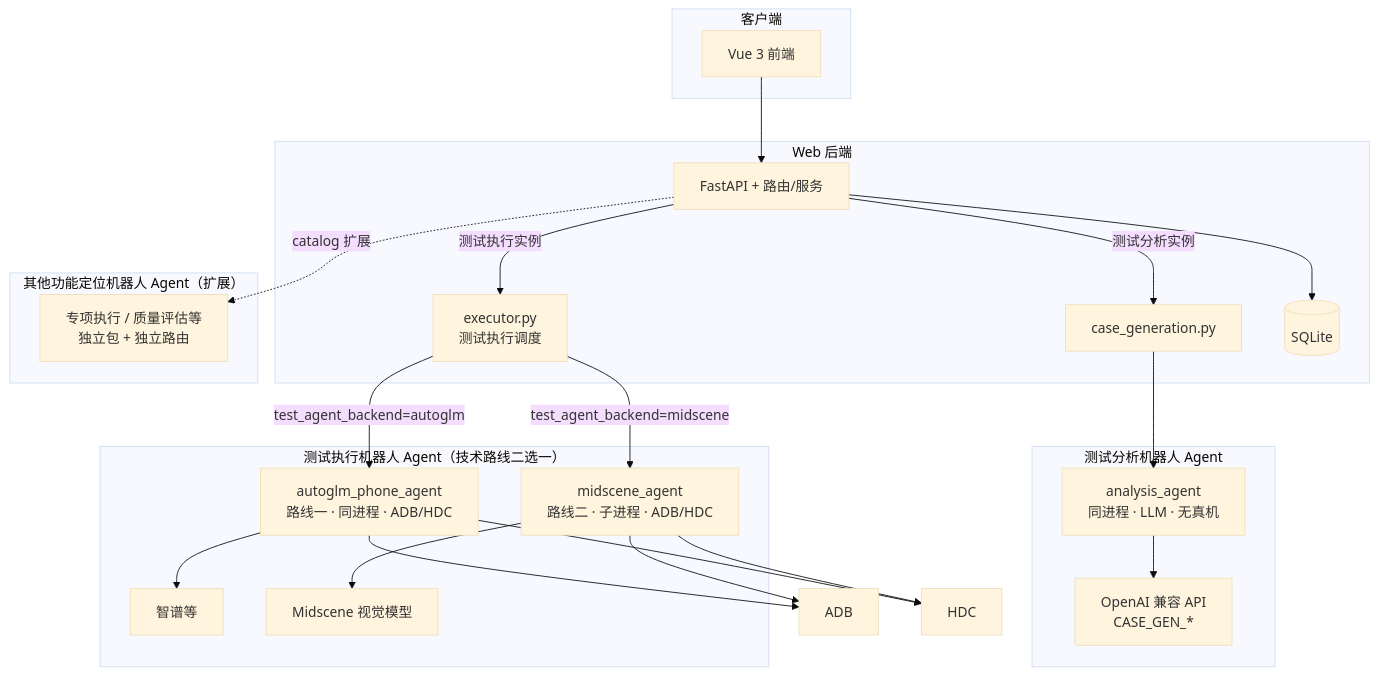
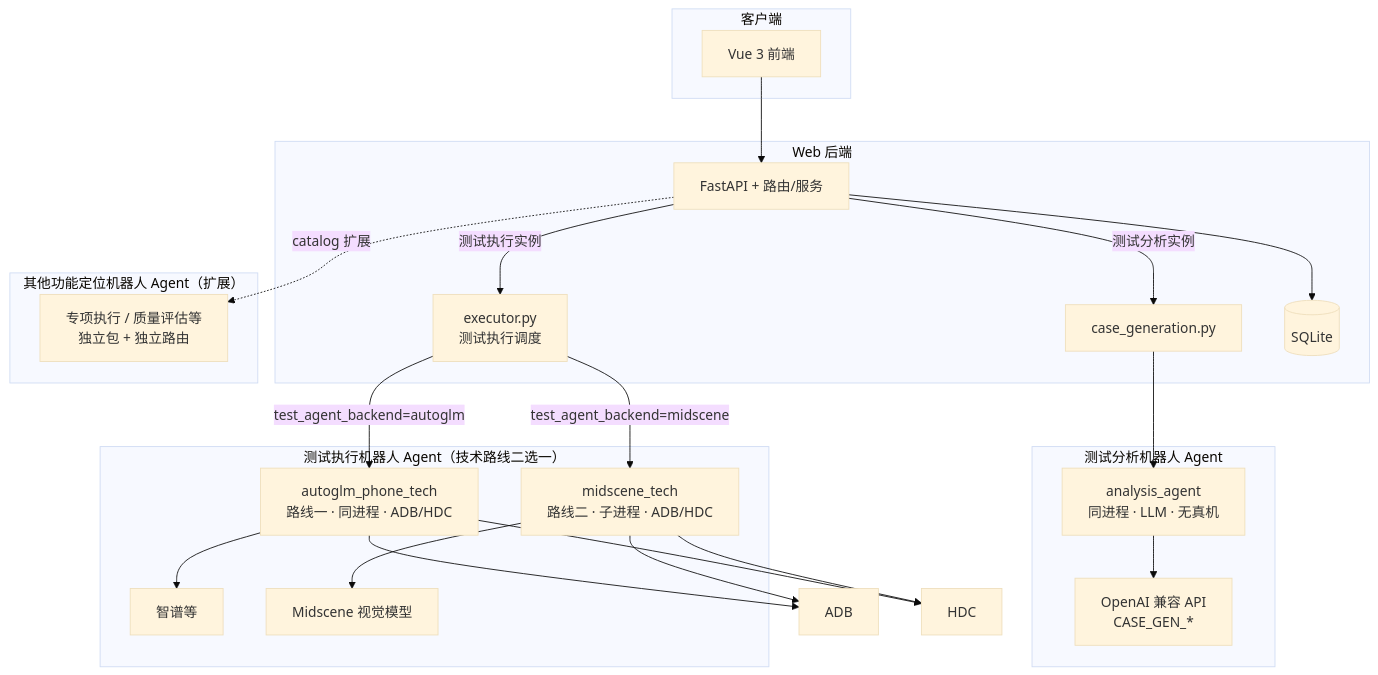
Before and after one commit to dyingmanliu/test_robot: the third of 3 diagrams in ARCHITECTURE.md, drawn with Mermaid (base theme). The commit also changed other lines of this file and 110 other files, not shown here.

````diff
--- a/ARCHITECTURE.md
+++ b/ARCHITECTURE.md
@@ -256,43 +265,43 @@
 ```mermaid
 flowchart TB
   subgraph client["客户端"]
     Vue["Vue 3 前端"]
   end
 
   subgraph server["Web 后端"]
     FastAPI["FastAPI + 路由/服务"]
     Gen["case_generation.py"]
     Exec["executor.py\n测试执行调度"]
     DB[("SQLite")]
   end
 
   subgraph analysis["测试分析机器人 Agent"]
     AA["analysis_agent\n同进程 · LLM · 无真机"]
     LLMGen["OpenAI 兼容 API\nCASE_GEN_*"]
   end
 
   subgraph execution["测试执行机器人 Agent（技术路线二选一）"]
-    PTA["autoglm_phone_agent\n路线一 · 同进程 · ADB/HDC"]
-    MS["midscene_agent\n路线二 · 子进程 · ADB/HDC"]
+    PTA["autoglm_phone_tech\n路线一 · 同进程 · ADB/HDC"]
+    MS["midscene_tech\n路线二 · 子进程 · ADB/HDC"]
     LLM1["智谱等"]
     LLM2["Midscene 视觉模型"]
   end
 
   subgraph future["其他功能定位机器人 Agent（扩展）"]
     FX["专项执行 / 质量评估等\n独立包 + 独立路由"]
   end
 
   Vue --> FastAPI
   FastAPI --> DB
   FastAPI -->|"测试分析实例"| Gen --> AA --> LLMGen
   FastAPI -->|"测试执行实例"| Exec
   Exec -->|"test_agent_backend=autoglm"| PTA
   Exec -->|"test_agent_backend=midscene"| MS
   PTA --> LLM1
   MS --> LLM2
   PTA --> ADB["ADB"]
   PTA --> HDC["HDC"]
   MS --> ADB
   MS --> HDC
   FastAPI -.->|"catalog 扩展"| FX
 ```
````
